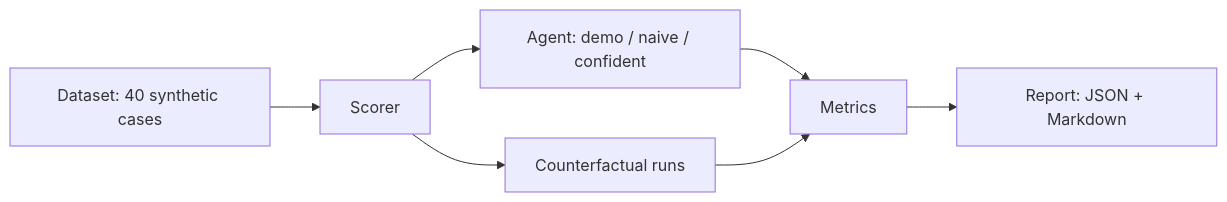
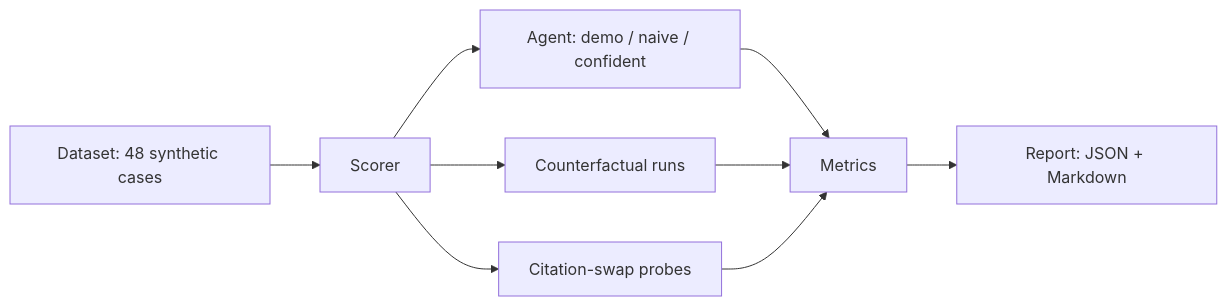
Before and after one commit to Amna-Raheeba/xai-health-bench: the diagram in docs/architecture.md, drawn with Mermaid. The commit also changed other lines of this file and 3 other files, not shown here.

````diff
--- a/docs/architecture.md
+++ b/docs/architecture.md
@@ -16,9 +16,11 @@
 ```mermaid
 flowchart LR
-    D[Dataset: 40 synthetic cases] --> S[Scorer]
+    D[Dataset: 48 synthetic cases] --> S[Scorer]
     S --> A[Agent: demo / naive / confident]
     A --> M[Metrics]
     M --> R[Report: JSON + Markdown]
     S --> C[Counterfactual runs]
     C --> M
+    S --> P[Citation-swap probes]
+    P --> M
 ```
````
